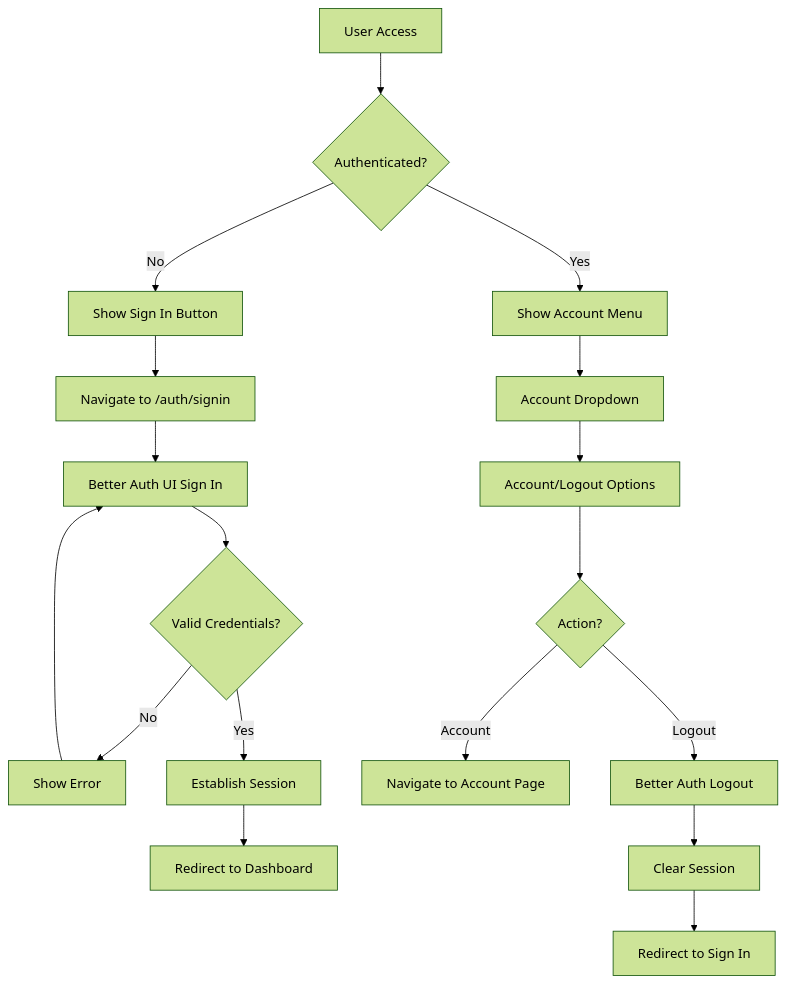
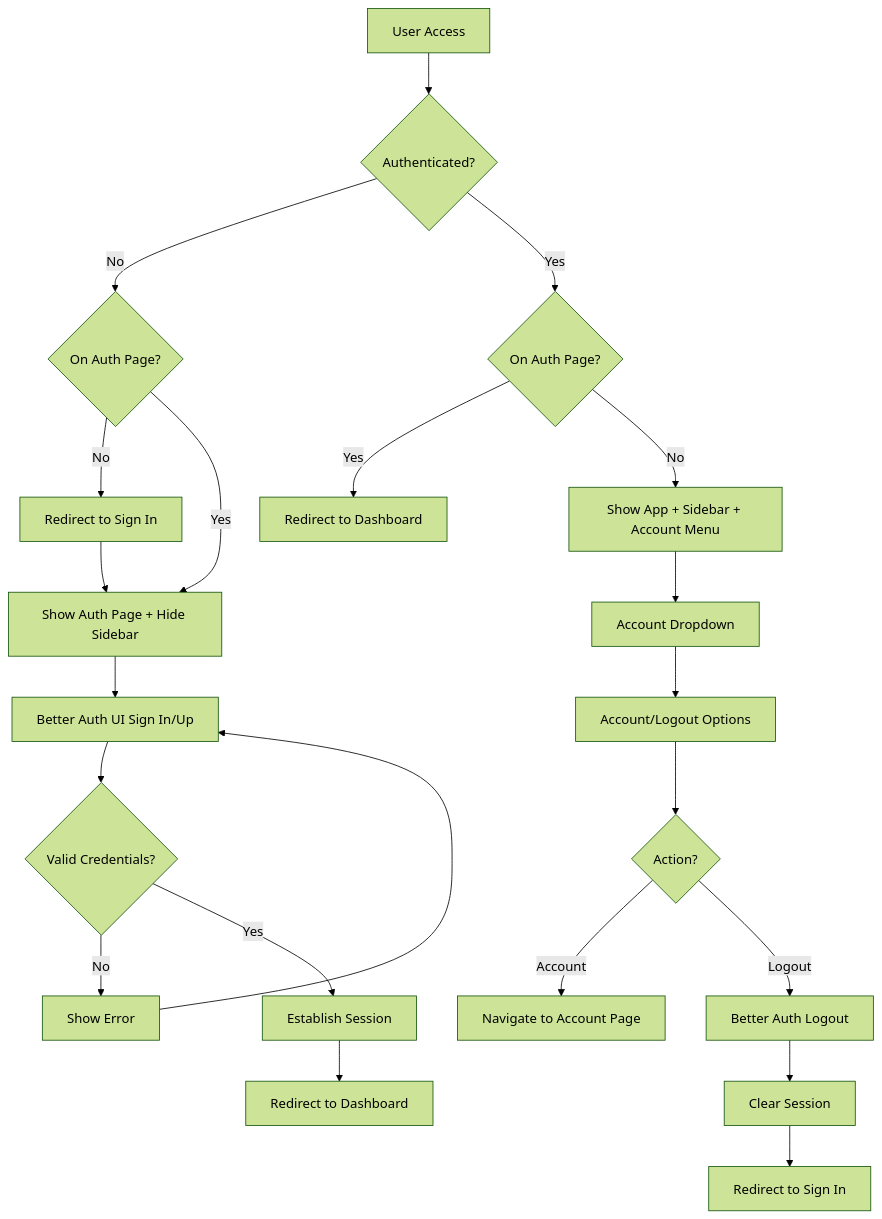
Before and after one commit to singhey/restaurant-manager: the first of 2 diagrams in .kiro/specs/admin-authentication/design.md, drawn with Mermaid (forest theme). The commit also changed other lines of this file and 17 other files, not shown here.

````diff
--- a/.kiro/specs/admin-authentication/design.md
+++ b/.kiro/specs/admin-authentication/design.md
@@ -12,20 +12,24 @@
 ```mermaid
 graph TD
     A[User Access] --> B{Authenticated?}
-    B -->|No| C[Show Sign In Button]
-    B -->|Yes| D[Show Account Menu]
-    C --> E[Navigate to /auth/signin]
-    E --> F[Better Auth UI Sign In]
-    F --> G{Valid Credentials?}
-    G -->|No| H[Show Error]
-    G -->|Yes| I[Establish Session]
-    H --> F
-    I --> J[Redirect to Dashboard]
-    D --> K[Account Dropdown]
-    K --> L[Account/Logout Options]
-    L --> M{Action?}
-    M -->|Account| N[Navigate to Account Page]
-    M -->|Logout| O[Better Auth Logout]
-    O --> P[Clear Session]
-    P --> Q[Redirect to Sign In]
+    B -->|No| C{On Auth Page?}
+    B -->|Yes| D{On Auth Page?}
+    C -->|No| E[Redirect to Sign In]
+    C -->|Yes| F[Show Auth Page + Hide Sidebar]
+    D -->|Yes| G[Redirect to Dashboard]
+    D -->|No| H[Show App + Sidebar + Account Menu]
+    E --> F
+    F --> I[Better Auth UI Sign In/Up]
+    I --> J{Valid Credentials?}
+    J -->|No| K[Show Error]
+    J -->|Yes| L[Establish Session]
+    K --> I
+    L --> M[Redirect to Dashboard]
+    H --> N[Account Dropdown]
+    N --> O[Account/Logout Options]
+    O --> P{Action?}
+    P -->|Account| Q[Navigate to Account Page]
+    P -->|Logout| R[Better Auth Logout]
+    R --> S[Clear Session]
+    S --> T[Redirect to Sign In]
 ```
````
